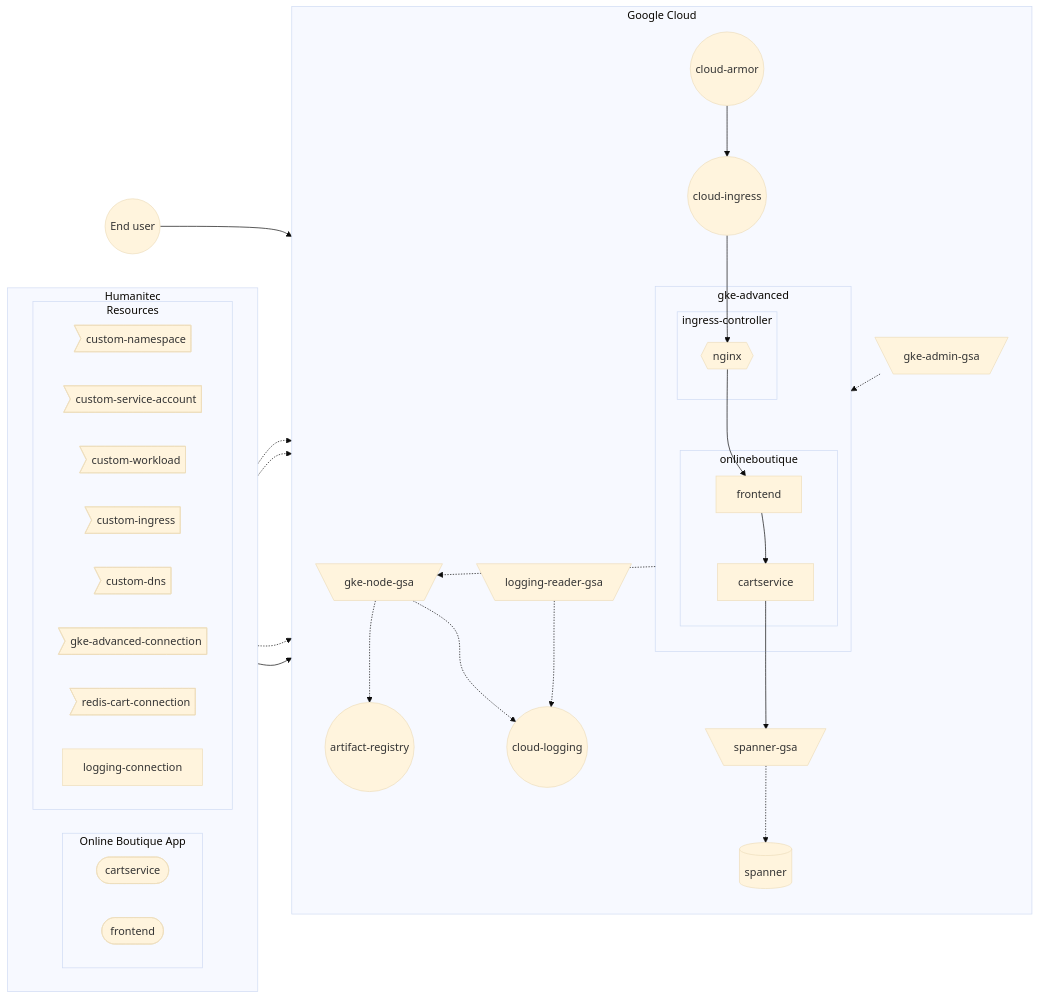
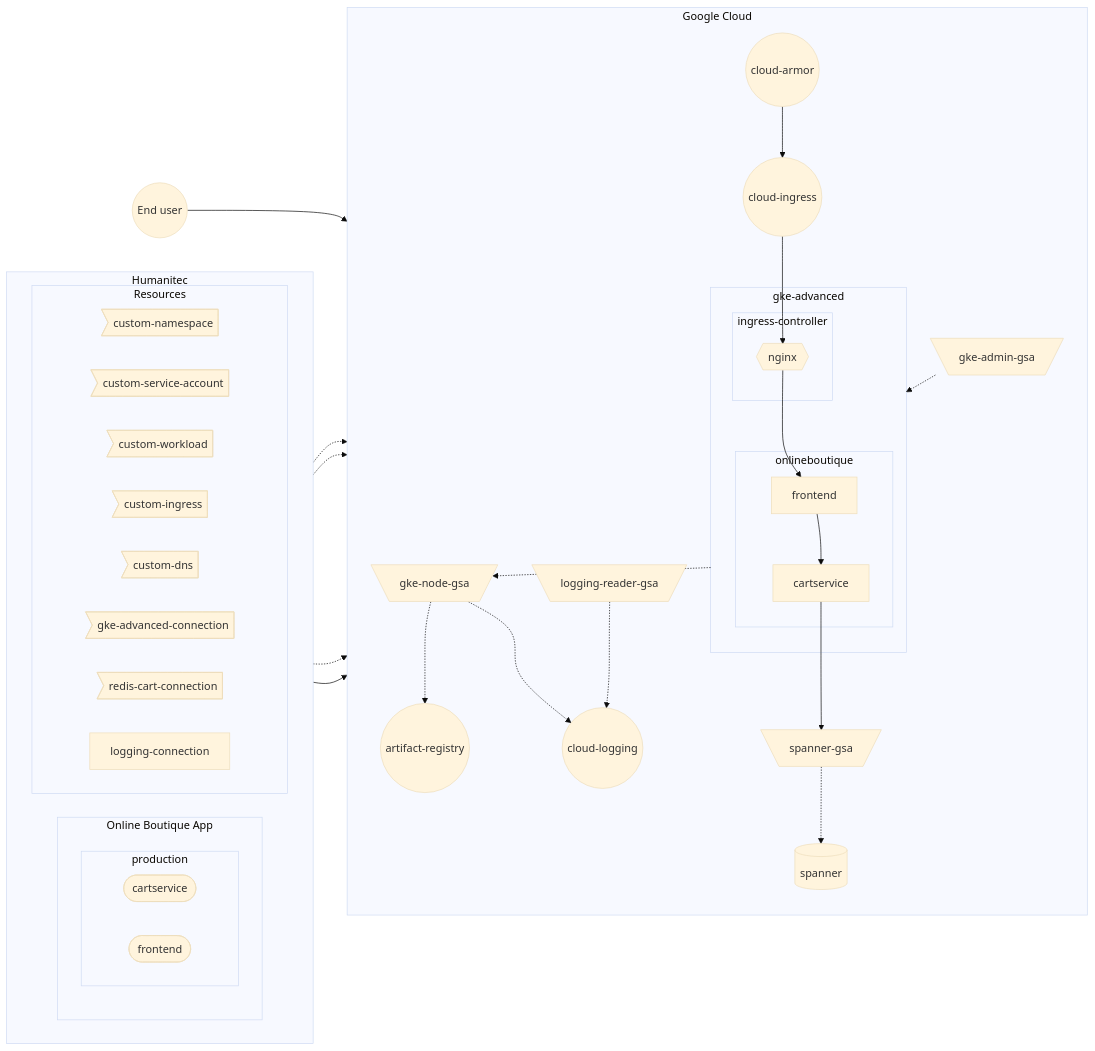
The diagram in docs/gke-advanced.md (mathieu-benoit/hello-humanitec), drawn with Mermaid (base theme) before and after one commit. The commit also changed other lines of this file and 4 other files, not shown here.

````diff
--- a/docs/gke-advanced.md
+++ b/docs/gke-advanced.md
@@ -15,52 +15,54 @@
 ```mermaid
 flowchart LR
   subgraph Humanitec
     direction LR
     subgraph onlineboutique-app [Online Boutique App]
-      direction LR
-      cartservice-workload([cartservice])
-      frontend-workload([frontend])
+      subgraph production
+        direction LR
+        cartservice-workload([cartservice])
+        frontend-workload([frontend])
+      end
     end
     subgraph Resources
         custom-namespace>custom-namespace]
         custom-service-account>custom-service-account]
         custom-workload>custom-workload]
         custom-ingress>custom-ingress]
         custom-dns>custom-dns]
         gke-advanced-connection>gke-advanced-connection]
         redis-cart-connection>redis-cart-connection]
         logging-connection
     end
   end
   subgraph Google Cloud
     direction TB
     subgraph gke-advanced
         subgraph ingress-controller
             nginx{{nginx}}
         end
         subgraph onlineboutique
             frontend-->cartservice
         end
         nginx-->frontend
     end
     gke-admin-gsa[\gke-admin-gsa/]
     onlineboutique-app-->onlineboutique
     logging-reader-gsa[\logging-reader-gsa/]
     cloud-logging((cloud-logging))
     gke-advanced-.->gke-node-gsa[\gke-node-gsa/]
     gke-node-gsa-.->artifact-registry((artifact-registry))
     gke-node-gsa-.->cloud-logging
     cloud-armor((cloud-armor))-->cloud-ingress((cloud-ingress))
     spanner[(spanner)]
     spanner-gsa[\spanner-gsa/]
   end
   enduser((End user))-->cloud-armor
   cloud-ingress-->nginx
   logging-connection-.->logging-reader-gsa
   logging-reader-gsa-.->cloud-logging
   gke-advanced-connection-.->gke-admin-gsa
   gke-admin-gsa-.->gke-advanced
   redis-cart-connection-.->spanner-gsa
   spanner-gsa-.->spanner
   cartservice-->spanner-gsa
 ```
````
